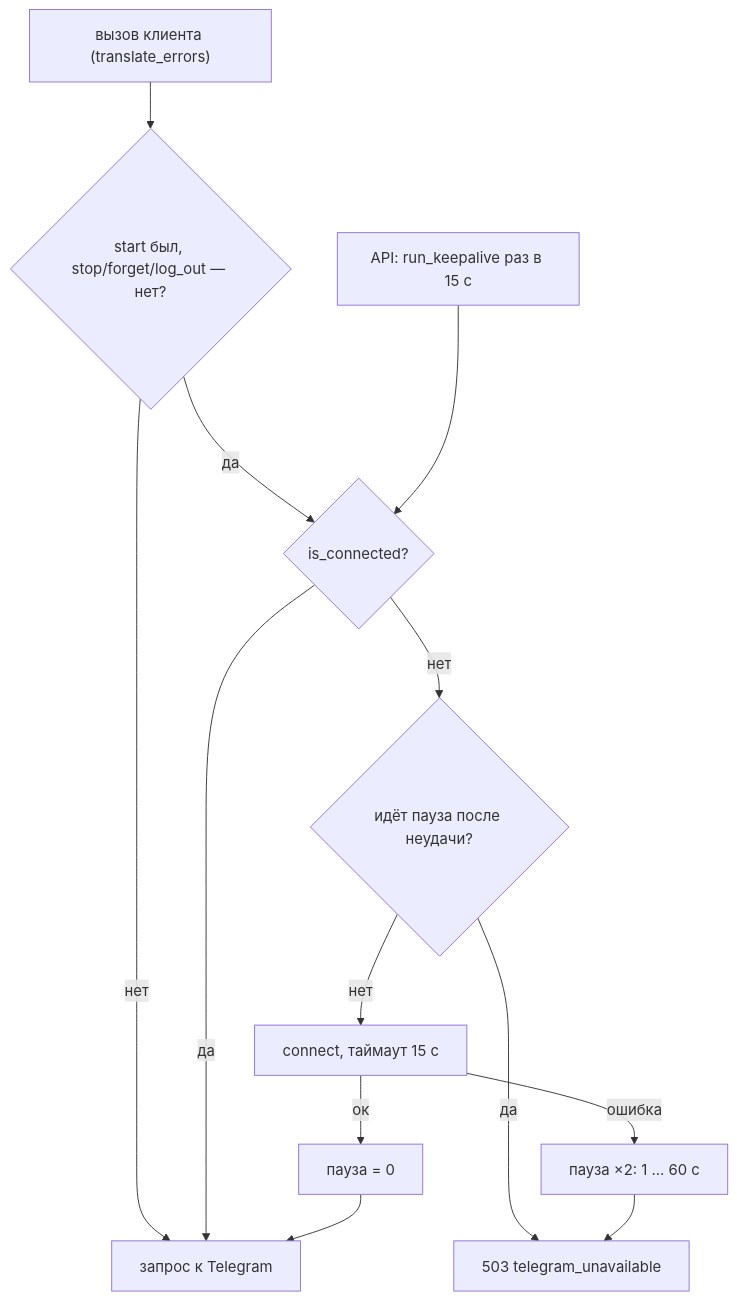
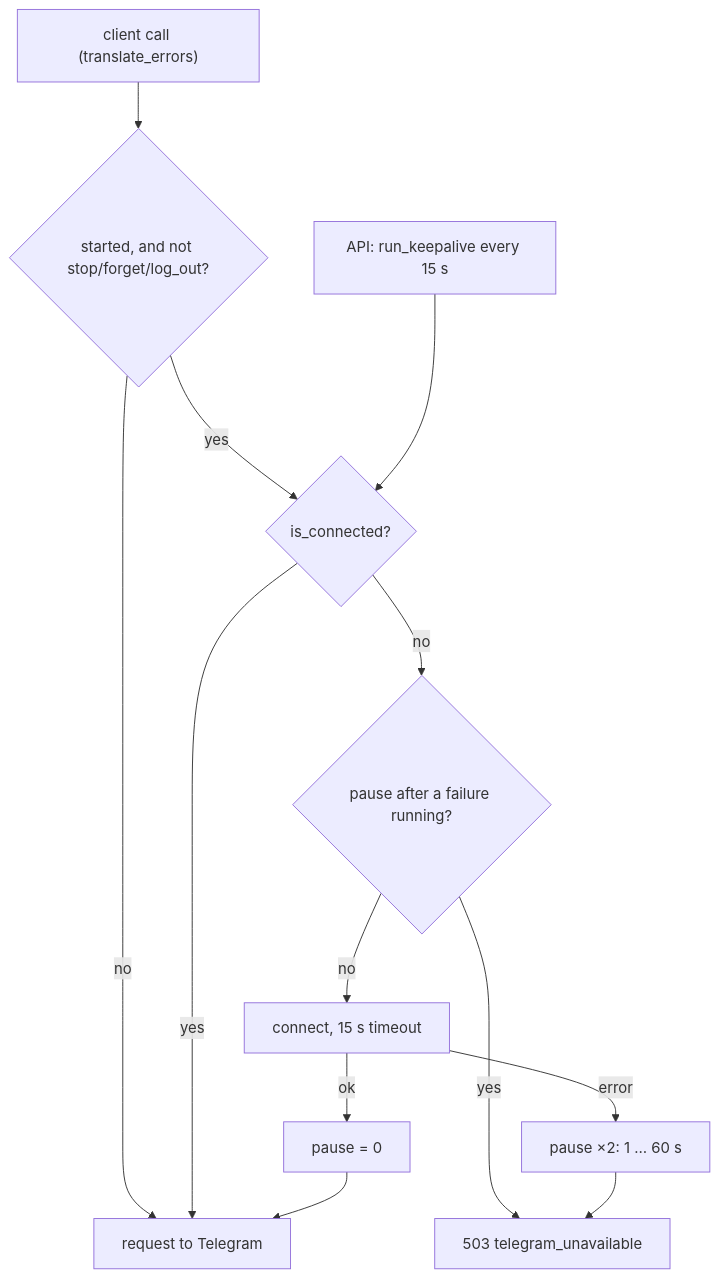
Before and after one commit to NikitkaZXC/tcloud-backend: the diagram in docs/integrations.md, drawn with Mermaid. The commit also changed other lines of this file and 20 other files, not shown here.

````diff
--- a/docs/integrations.md
+++ b/docs/integrations.md
@@ -50,13 +50,13 @@
 ```mermaid
 flowchart TD
-    call["вызов клиента (translate_errors)"] --> wanted{"start был, stop/forget/log_out — нет?"}
-    wanted -->|нет| run["запрос к Telegram"]
-    wanted -->|да| conn{"is_connected?"}
-    conn -->|да| run
-    conn -->|нет| pause{"идёт пауза после неудачи?"}
-    pause -->|да| unav["503 telegram_unavailable"]
-    pause -->|нет| try["connect, таймаут 15 с"]
-    try -->|ошибка| back["пауза ×2: 1 … 60 с"] --> unav
-    try -->|ок| reset["пауза = 0"] --> run
-    keep["API: run_keepalive раз в 15 с"] --> conn
+    call["client call (translate_errors)"] --> wanted{"started, and not stop/forget/log_out?"}
+    wanted -->|no| run["request to Telegram"]
+    wanted -->|yes| conn{"is_connected?"}
+    conn -->|yes| run
+    conn -->|no| pause{"pause after a failure running?"}
+    pause -->|yes| unav["503 telegram_unavailable"]
+    pause -->|no| try["connect, 15 s timeout"]
+    try -->|error| back["pause ×2: 1 … 60 s"] --> unav
+    try -->|ok| reset["pause = 0"] --> run
+    keep["API: run_keepalive every 15 s"] --> conn
 ```
````
